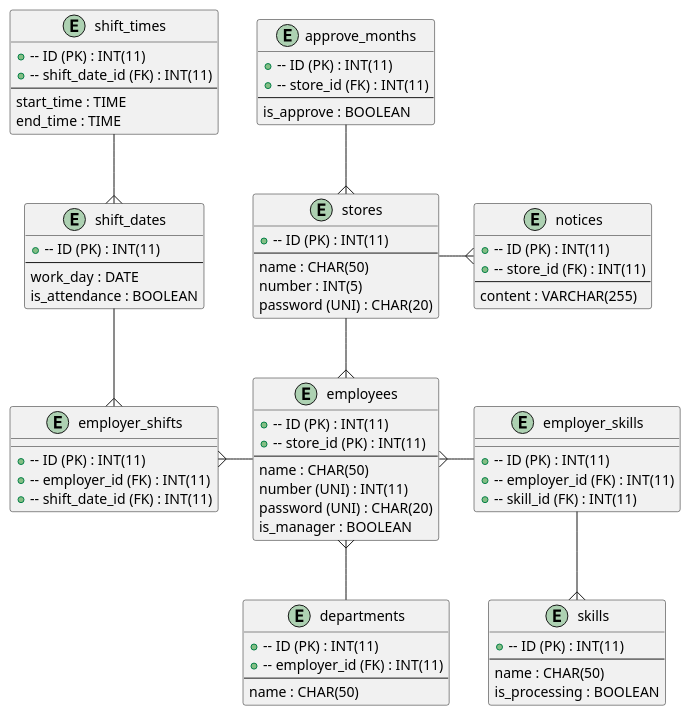
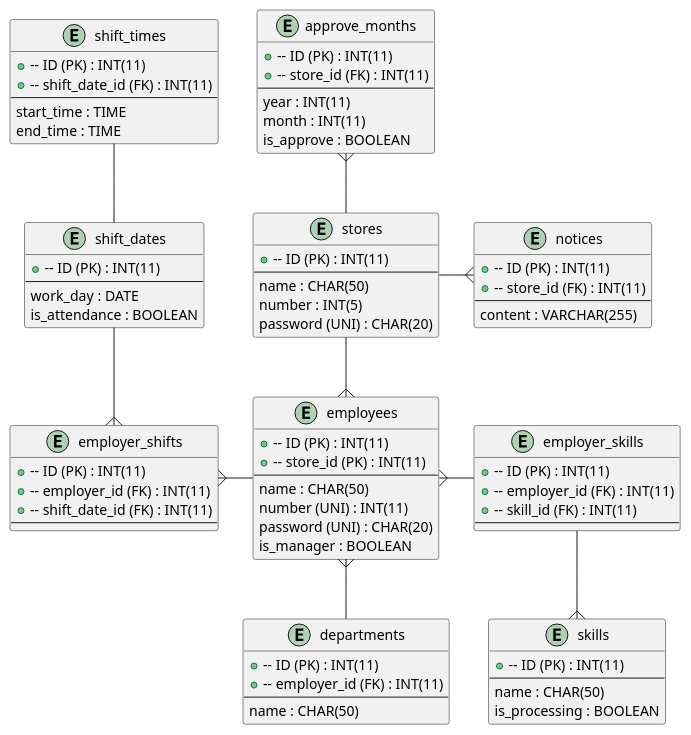
Before and after one commit to kokimoriguchi/portfolio_detail: the diagram in ER.pu, drawn with PlantUML. The commit also changed 4 other files, not shown here.

```diff
--- a/ER.pu
+++ b/ER.pu
@@ -1,85 +1,89 @@
 @startuml ER
 
 entity "employees" as employees {
   +-- ID (PK) : INT(11)
   +-- store_id (PK) : INT(11)
   --
   name : CHAR(50)
   number (UNI) : INT(11)
   password (UNI) : CHAR(20)
   is_manager : BOOLEAN
 }
 
 entity "shift_times" as shift_times {
   +-- ID (PK) : INT(11)
   +-- shift_date_id (FK) : INT(11)
   --
   start_time : TIME
   end_time : TIME
 }
 
 entity "shift_dates" as shift_dates {
   +-- ID (PK) : INT(11)
   --
   work_day : DATE
   is_attendance : BOOLEAN
 }
 
 entity "employer_shifts" as employer_shifts {
   +-- ID (PK) : INT(11)
   +-- employer_id (FK) : INT(11)
   +-- shift_date_id (FK) : INT(11)
+  --
 }
 
 entity "approve_months" as approve_months {
   +-- ID (PK) : INT(11)
   +-- store_id (FK) : INT(11)
   --
+  year : INT(11)
+  month : INT(11)
   is_approve : BOOLEAN
 }
 
 entity "departments" as departments {
   +-- ID (PK) : INT(11)
   +-- employer_id (FK) : INT(11)
   --
   name : CHAR(50)
 }
 
 entity "skills" as skills {
   +-- ID (PK) : INT(11)
   --
   name : CHAR(50)
   is_processing : BOOLEAN
 }
 
 entity "employer_skills" as employer_skills {
   +-- ID (PK) : INT(11)
   +-- employer_id (FK) : INT(11)
   +-- skill_id (FK) : INT(11)
+  --
 }
 
 entity "stores" as stores {
   +-- ID (PK) : INT(11)
   --
   name : CHAR(50)
   number : INT(5)
   password (UNI) : CHAR(20)
 }
 
 entity "notices" as notices {
   +-- ID (PK) : INT(11)
   +-- store_id (FK) : INT(11)
   --
   content : VARCHAR(255)
 }
 stores -r-{ notices
 stores -d-{ employees
 employees -l-{ employer_shifts
 employer_shifts }-u- shift_dates
-shift_times --{ shift_dates
+shift_times -- shift_dates
 employer_skills -l-{ employees
 employer_skills --{ skills
 departments -u-{ employees
-approve_months --{ stores
+approve_months }-- stores
 
 @enduml
```
